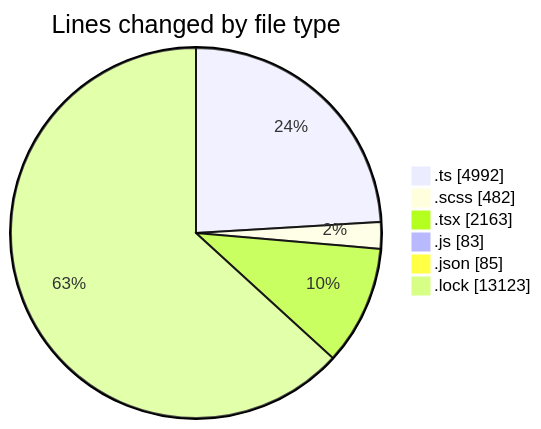
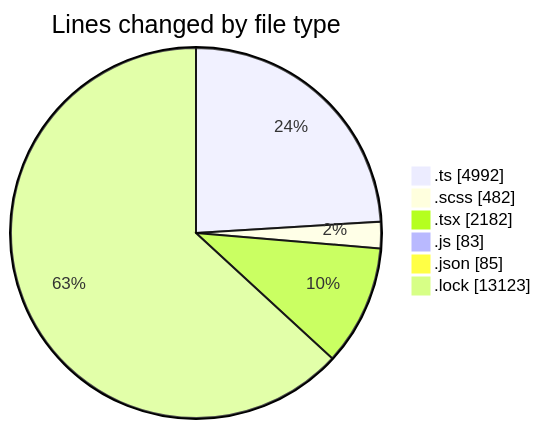
One commit to momahboobian/code-tracking changed the first of 2 diagrams in 2025-09-12/cda/README.md. Above: the diagram before and after it, drawn with Mermaid. The commit also changed other lines of this file and 1 other file, not shown here.

````diff
--- a/2025-09-12/cda/README.md
+++ b/2025-09-12/cda/README.md
@@ -34,10 +34,10 @@
 ```mermaid
 pie showData
 title Lines changed by file type
 ".ts" : 4992
 ".scss" : 482
-".tsx" : 2163
+".tsx" : 2182
 ".js" : 83
 ".json" : 85
 ".lock" : 13123
 ```
````
